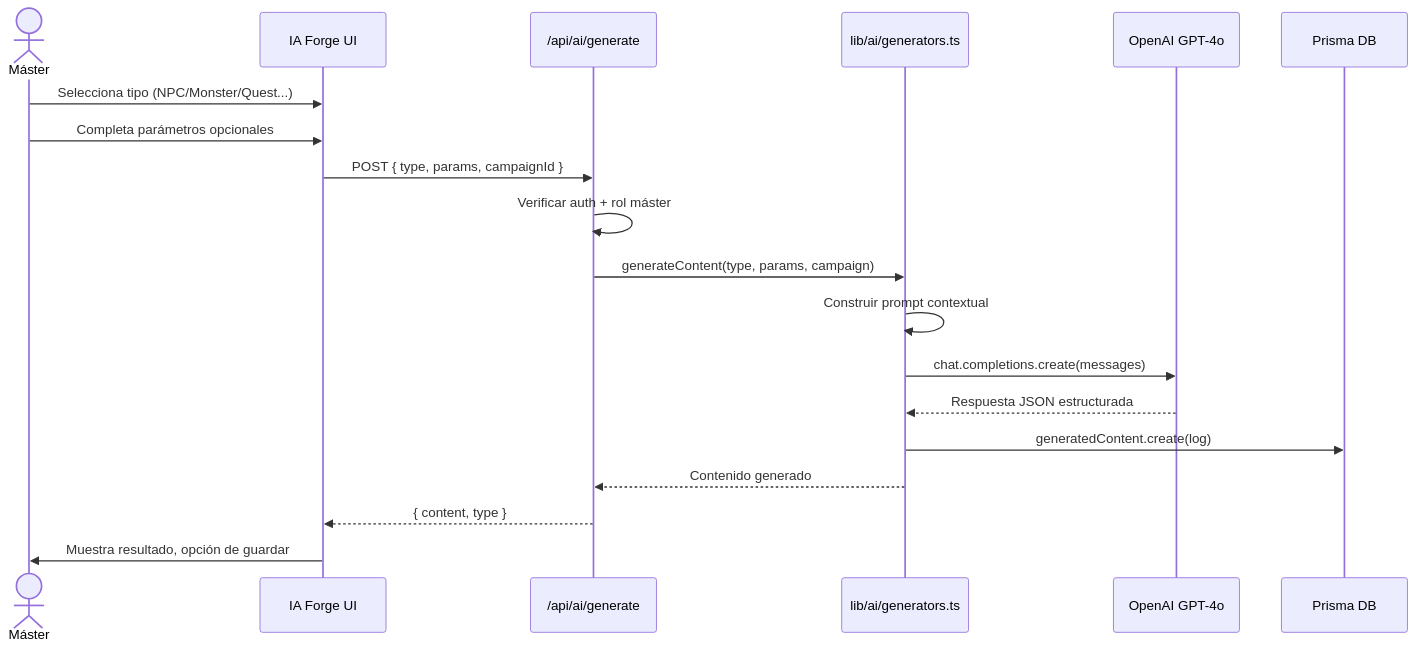
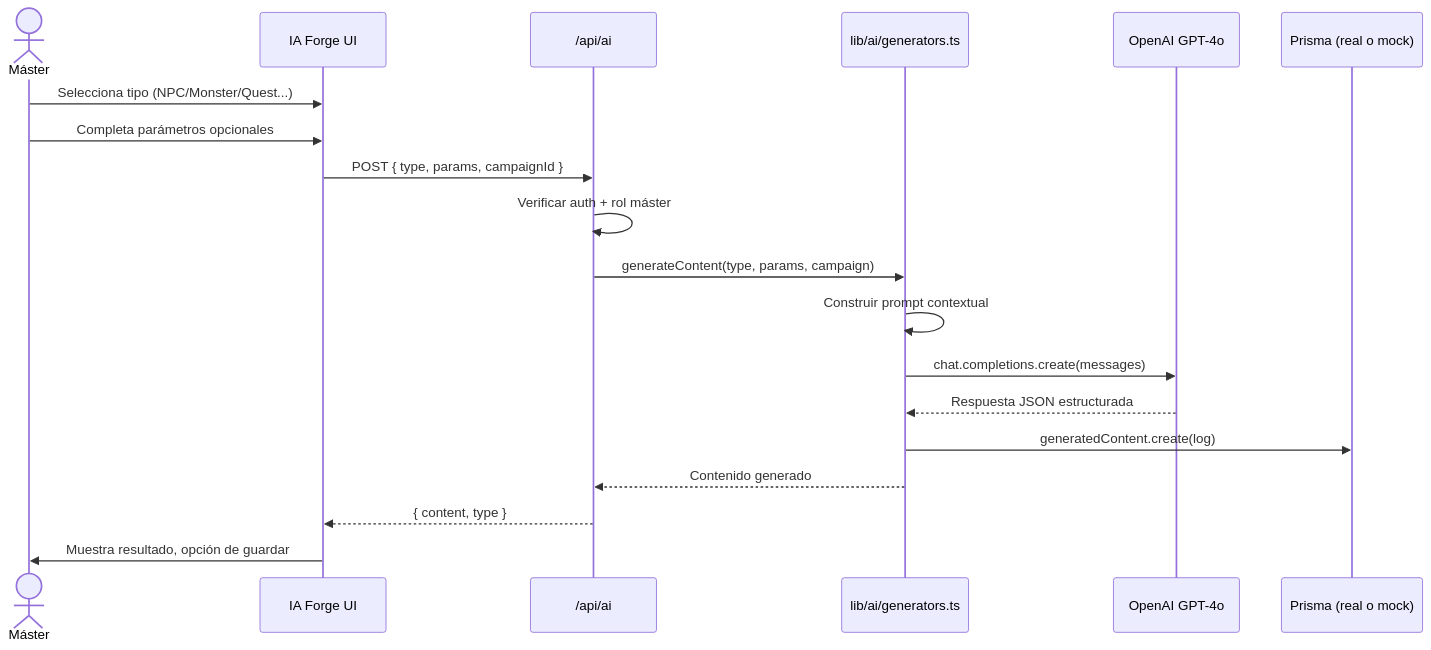
Before and after one commit to Xenov2030/campaign-forge: the fifth of 5 diagrams in .docs/02_tecnico.md, drawn with Mermaid. The commit also changed other lines of this file, not shown here.

First line of the commit message:
docs(tecnico): corregir stack, auth y agregar mock layer al doc técnico

````diff
--- a/.docs/02_tecnico.md
+++ b/.docs/02_tecnico.md
@@ -288,22 +333,22 @@
 ```mermaid
 sequenceDiagram
     actor M as Máster
     participant UI as IA Forge UI
-    participant API as /api/ai/generate
+    participant API as /api/ai
     participant GEN as lib/ai/generators.ts
     participant OAI as OpenAI GPT-4o
-    participant DB as Prisma DB
+    participant DB as Prisma (real o mock)
 
     M->>UI: Selecciona tipo (NPC/Monster/Quest...)
     M->>UI: Completa parámetros opcionales
     UI->>API: POST { type, params, campaignId }
     API->>API: Verificar auth + rol máster
     API->>GEN: generateContent(type, params, campaign)
     GEN->>GEN: Construir prompt contextual
     GEN->>OAI: chat.completions.create(messages)
     OAI-->>GEN: Respuesta JSON estructurada
     GEN->>DB: generatedContent.create(log)
     GEN-->>API: Contenido generado
     API-->>UI: { content, type }
     UI->>M: Muestra resultado, opción de guardar
 ```
````
